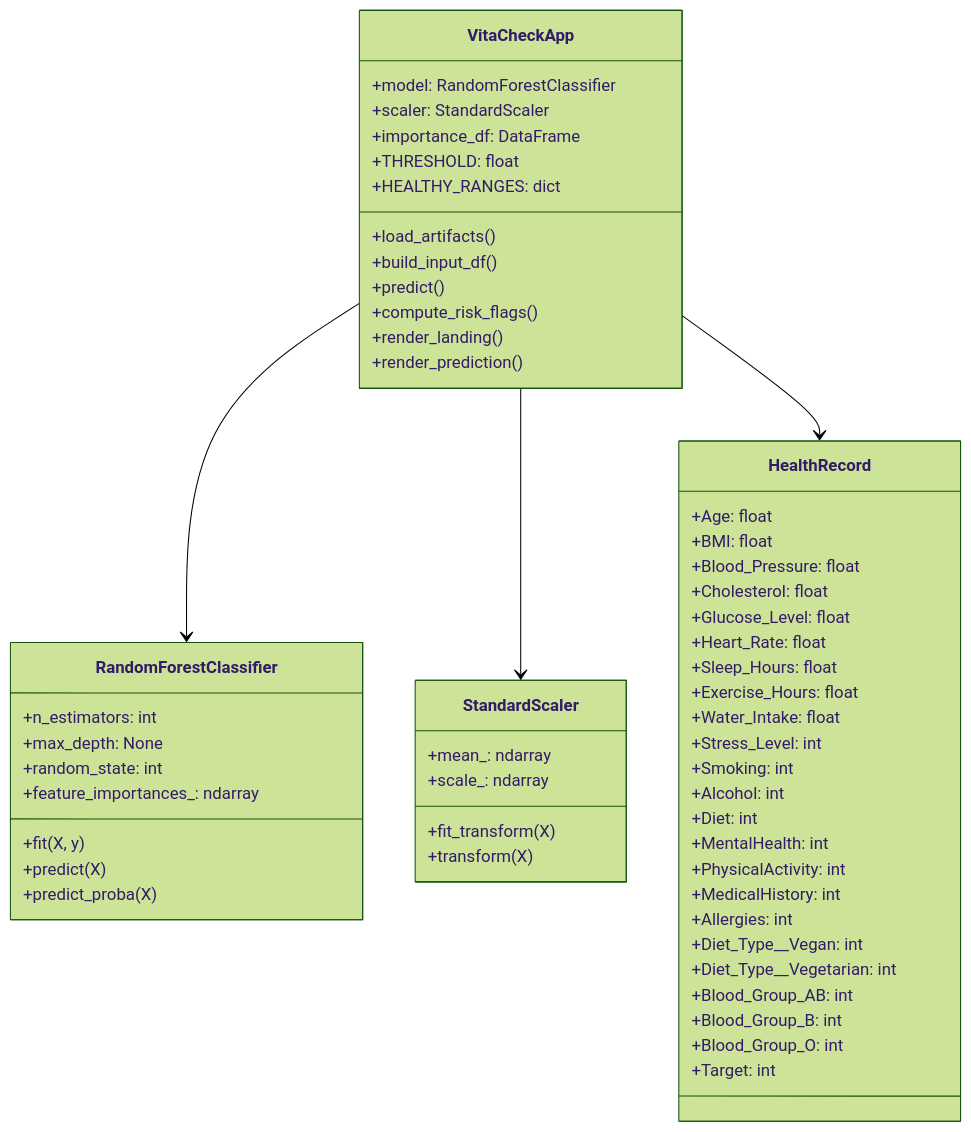
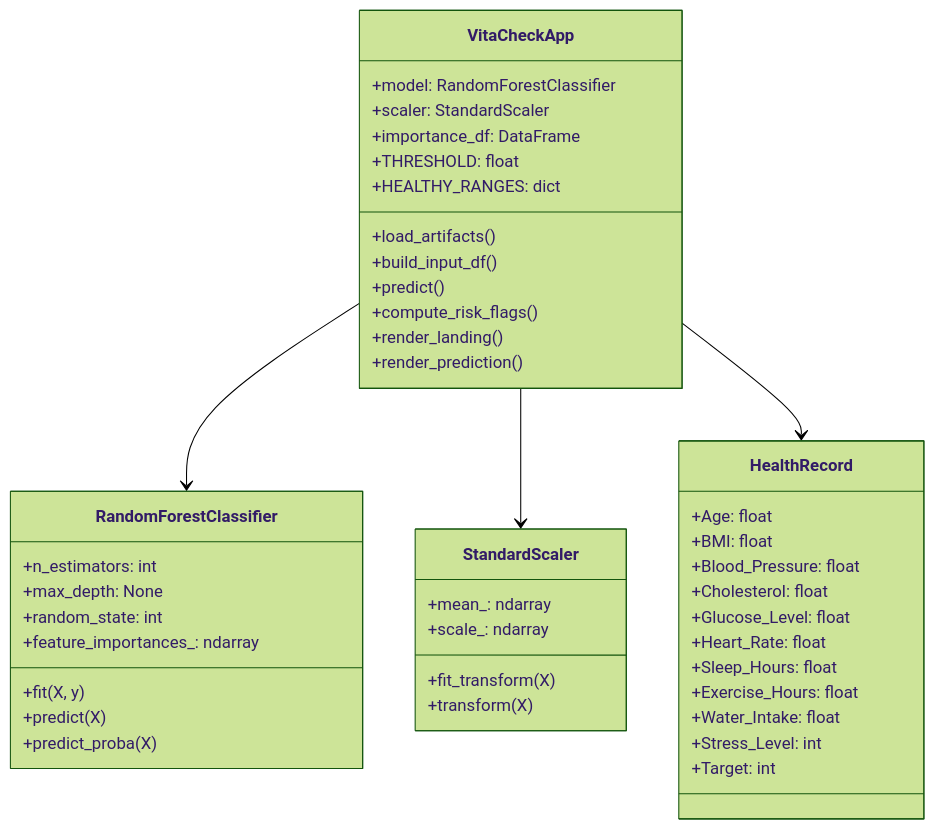
Before and after one commit to KARTHIKAKRISHNA123/vitacheck-ml: the fifth of 14 diagrams in README.md, drawn with Mermaid (forest theme). The commit also changed other lines of this file, not shown here.

````diff
--- a/README.md
+++ b/README.md
@@ -368,63 +259,47 @@
 ```mermaid
 classDiagram
     class VitaCheckApp {
         +model: RandomForestClassifier
         +scaler: StandardScaler
         +importance_df: DataFrame
         +THRESHOLD: float
         +HEALTHY_RANGES: dict
         +load_artifacts()
         +build_input_df()
         +predict()
         +compute_risk_flags()
         +render_landing()
         +render_prediction()
     }
-
     class RandomForestClassifier {
         +n_estimators: int
         +max_depth: None
         +random_state: int
         +feature_importances_: ndarray
         +fit(X, y)
         +predict(X)
         +predict_proba(X)
     }
-
     class StandardScaler {
         +mean_: ndarray
         +scale_: ndarray
         +fit_transform(X)
         +transform(X)
     }
-
     class HealthRecord {
         +Age: float
         +BMI: float
         +Blood_Pressure: float
         +Cholesterol: float
         +Glucose_Level: float
         +Heart_Rate: float
         +Sleep_Hours: float
         +Exercise_Hours: float
         +Water_Intake: float
         +Stress_Level: int
-        +Smoking: int
-        +Alcohol: int
-        +Diet: int
-        +MentalHealth: int
-        +PhysicalActivity: int
-        +MedicalHistory: int
-        +Allergies: int
-        +Diet_Type__Vegan: int
-        +Diet_Type__Vegetarian: int
-        +Blood_Group_AB: int
-        +Blood_Group_B: int
-        +Blood_Group_O: int
         +Target: int
     }
-
     VitaCheckApp --> RandomForestClassifier
     VitaCheckApp --> StandardScaler
     VitaCheckApp --> HealthRecord
 ```
````
